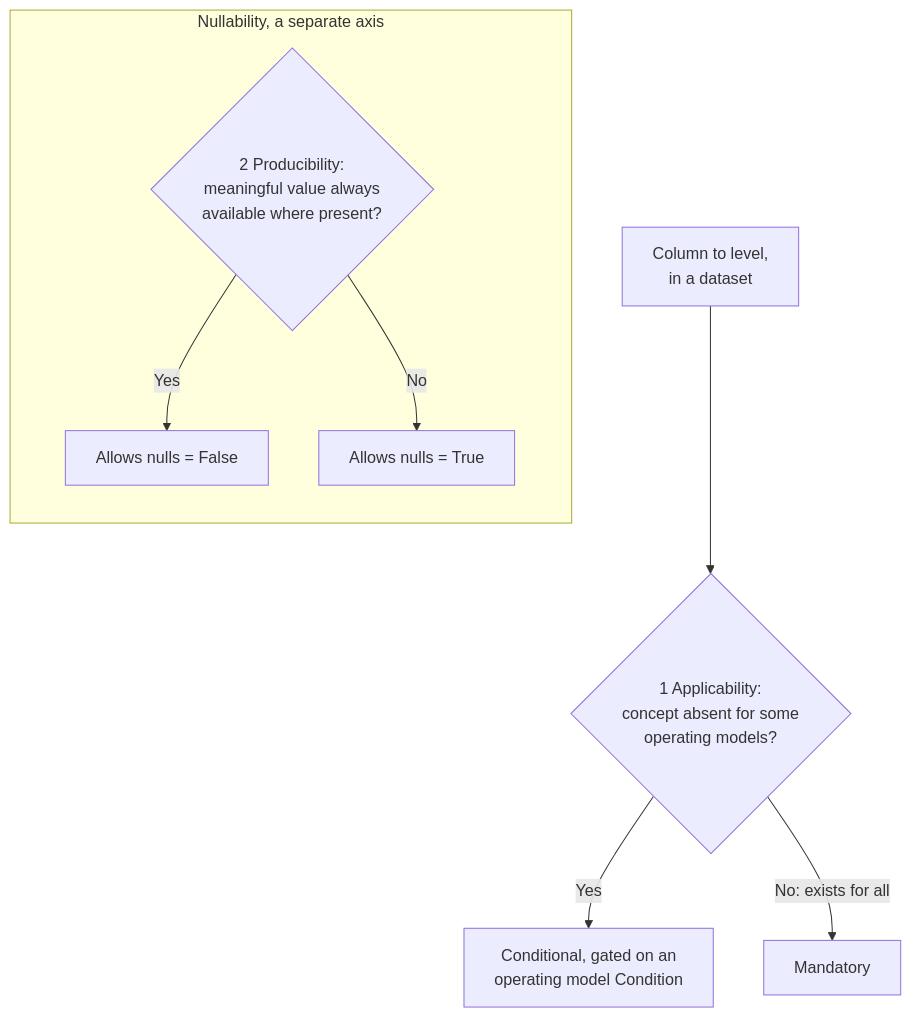
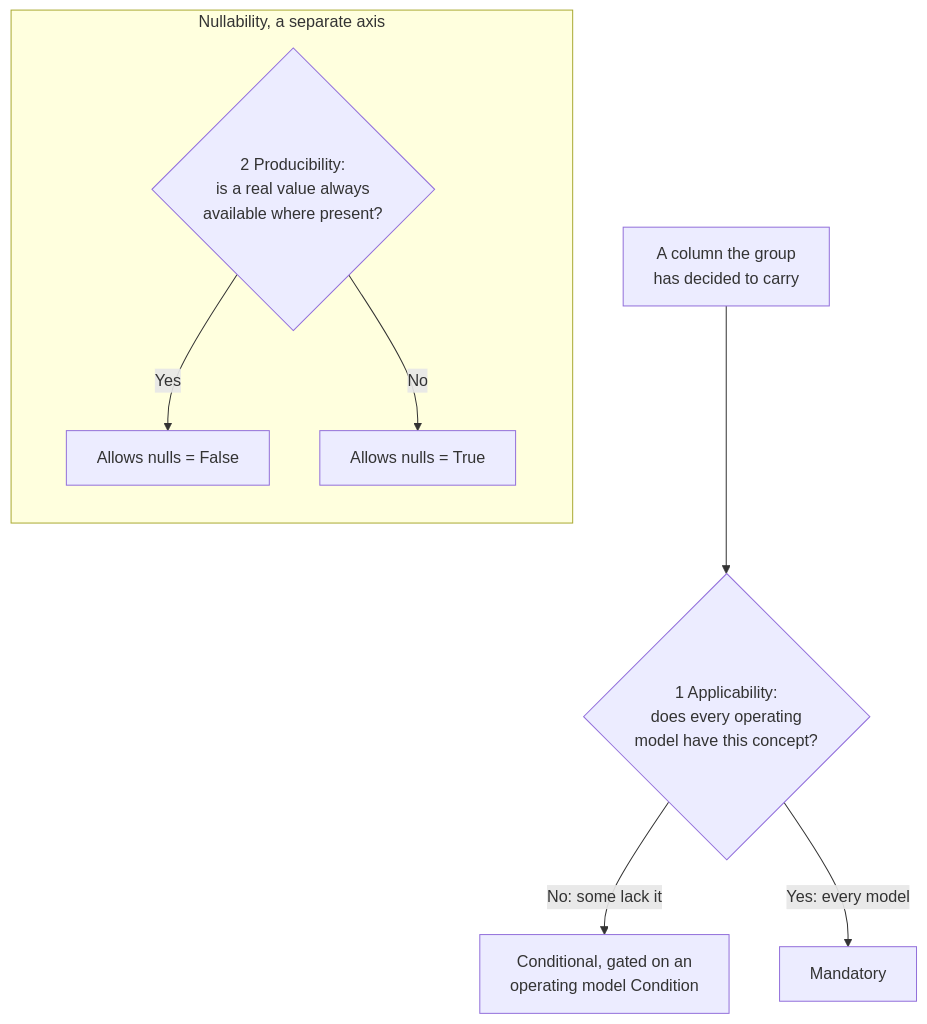
Before and after one commit to FinOps-Open-Cost-and-Usage-Spec/FOCUS_Spec: the diagram in guidelines/contributors/feature-level-rubric-guidelines.md, drawn with Mermaid. The commit also changed other lines of this file and 2 other files, not shown here.

````diff
--- a/guidelines/contributors/feature-level-rubric-guidelines.md
+++ b/guidelines/contributors/feature-level-rubric-guidelines.md
@@ -88,11 +103,11 @@
 ```mermaid
 flowchart TD
-    A["Column to level,<br/>in a dataset"] --> E{"1 Applicability:<br/>concept absent for some<br/>operating models?"}
-    E -->|"Yes"| CD["Conditional, gated on an<br/>operating model Condition"]
-    E -->|"No: exists for all"| M["Mandatory"]
+    A["A column the group<br/>has decided to carry"] --> E{"1 Applicability:<br/>does every operating<br/>model have this concept?"}
+    E -->|"No: some lack it"| CD["Conditional, gated on an<br/>operating model Condition"]
+    E -->|"Yes: every model"| M["Mandatory"]
     subgraph NUL["Nullability, a separate axis"]
         direction TB
-        P{"2 Producibility:<br/>meaningful value always<br/>available where present?"} -->|"Yes"| NF["Allows nulls = False"]
+        P{"2 Producibility:<br/>is a real value always<br/>available where present?"} -->|"Yes"| NF["Allows nulls = False"]
         P -->|"No"| NT["Allows nulls = True"]
     end
 ```
````
